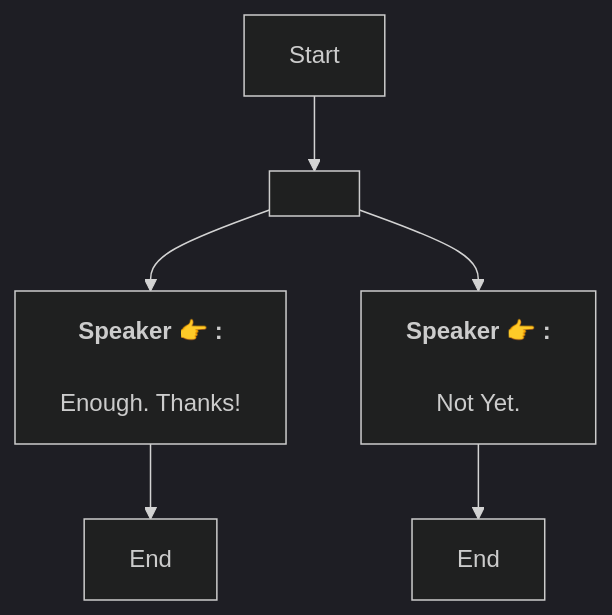
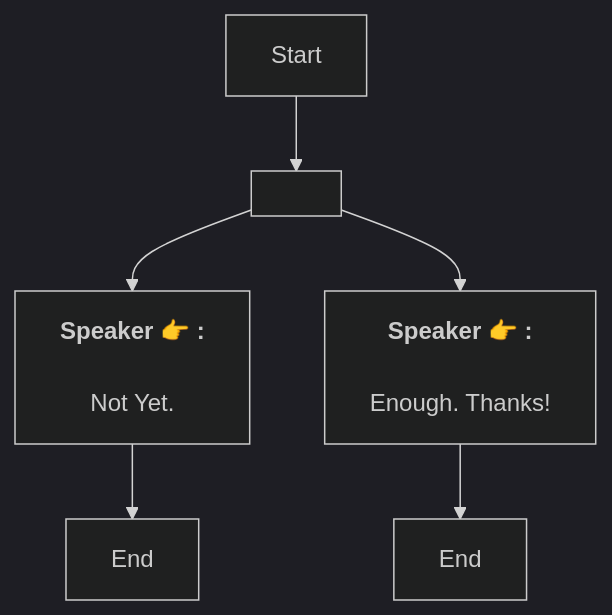
One commit to SoftHu/tos_avg changed the diagram in En/QuestNPCDeliveryENode_1747047147014397.md. Above: the diagram before and after it, drawn with Mermaid (dark theme). The commit also changed other lines of this file and 780 other files, not shown here.

````diff
--- a/En/QuestNPCDeliveryENode_1747047147014397.md
+++ b/En/QuestNPCDeliveryENode_1747047147014397.md
@@ -1,11 +1,11 @@
 ```mermaid
 graph
 Start -->1775081491433818[ ]
+1775081491433818 -->1775081504499035[<b>Speaker 👉 :</b>
+\nNot Yet.]
 1775081491433818 -->1775081524807005[<b>Speaker 👉 :</b>
 \nEnough. Thanks!]
-1775081491433818 -->1775081504499035[<b>Speaker 👉 :</b>
-\nNot Yet.]
 1775081524807005 -->1775081544174943[End]
 1775081504499035 -->1775081546221920[End]
 
 ```
````
